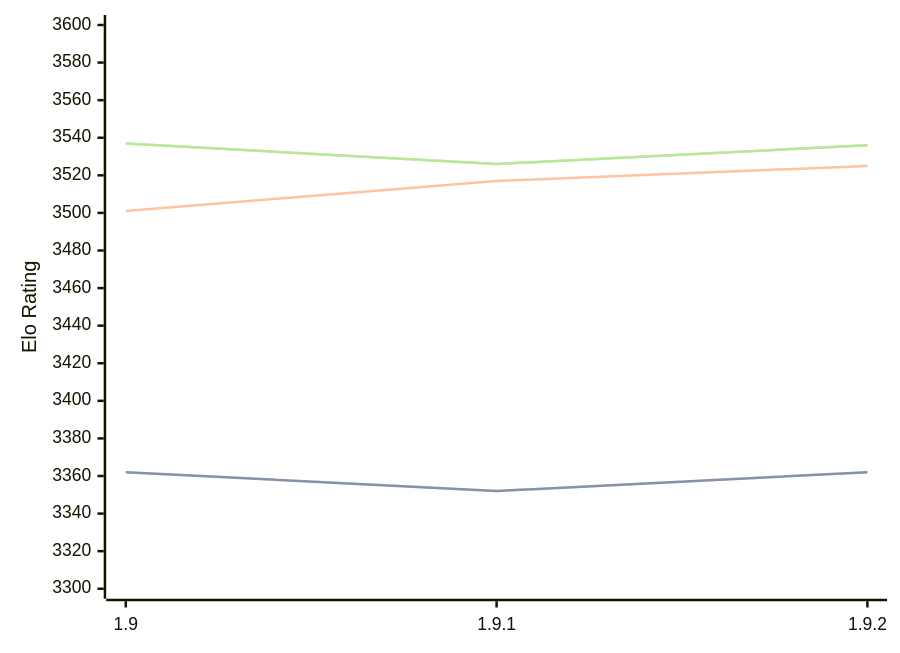
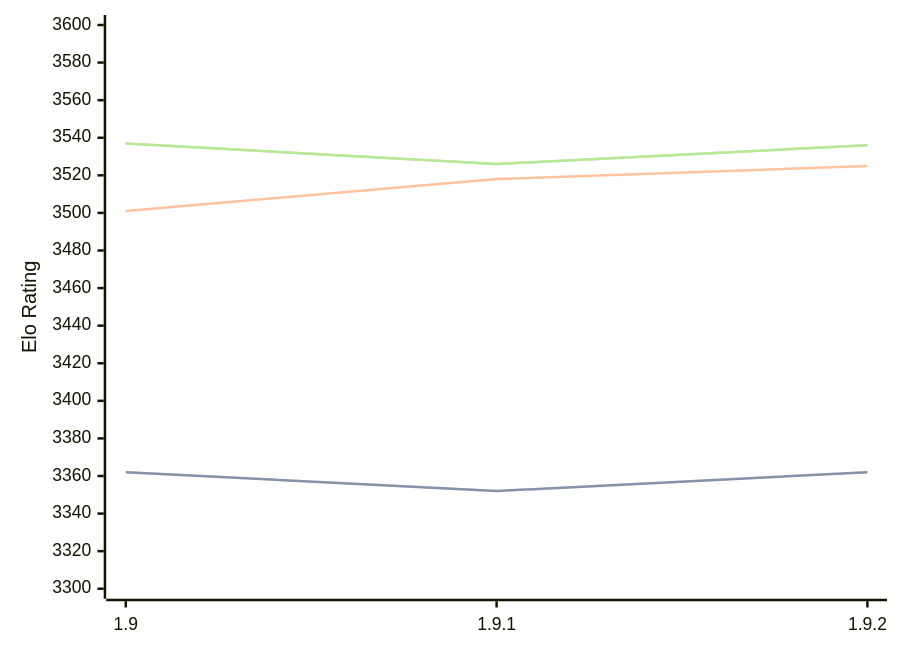
One commit to computer-chess-index/cci changed the first of 3 diagrams in engines/Pawnocchio.md. Above: the diagram before and after it, drawn with Mermaid. The commit also changed other lines of this file, not shown here.

````diff
--- a/engines/Pawnocchio.md
+++ b/engines/Pawnocchio.md
@@ -48,11 +48,11 @@
 ```mermaid
 %%{init: {"theme":"base","themeVariables":{"seriesColors:['#a3a3a3','#222221','#faa371']}}}%%
 xychart-beta
   x-axis ["1.9", "1.9.1", "1.9.2"]
   y-axis "Elo Rating" 3300 --> 3600
   line "STC (8.0+0.08s)" [3362, 3352, 3362]
   line "STC (8.0+0.08s)" [3362, 3352, 3362]
-  line "LTC (60.0+0.60s)" [3501, 3517, 3525]
+  line "LTC (60.0+0.60s)" [3501, 3518, 3525]
   line "VLTC (2m24s+1.12s)" [3537, 3526, 3536]
   line "VLTC (2m24s+1.12s)" [3537, 3526, 3536]
 ```
````
